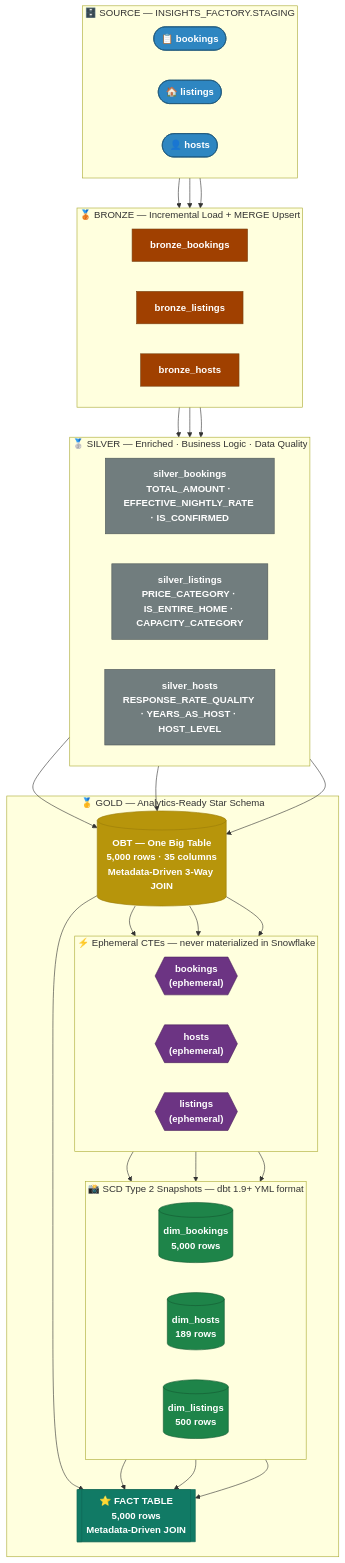
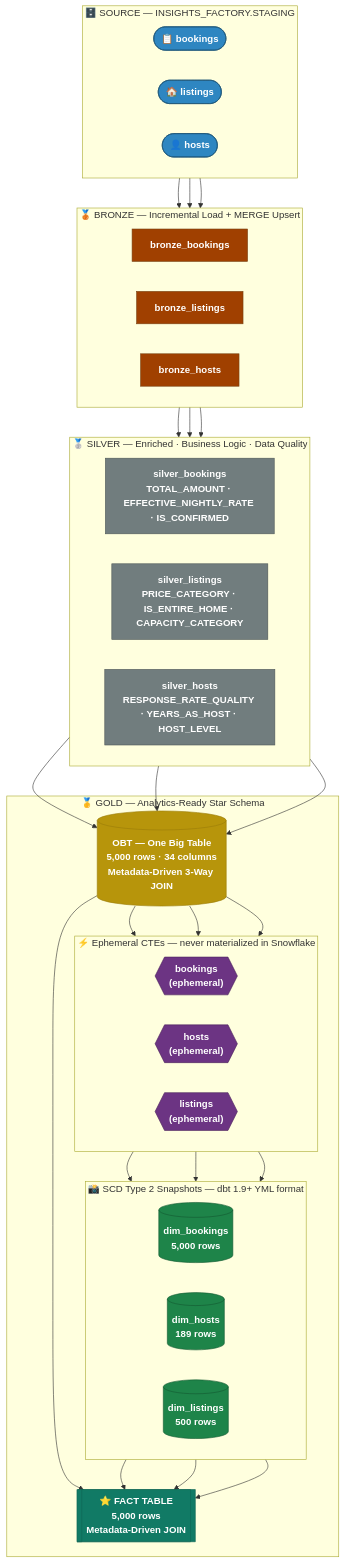
The first of 2 diagrams in README.md (NaveedBhat/Insights_Factory-Production-Analytics-Pipeline-End-to-End-ELT-with-dbt-Snowflake), drawn with Mermaid before and after one commit. The commit also changed other lines of this file, not shown here.

Commit message:
docs: fix README cross-check — OBT 34 cols (not 35), properties.yml covers 8 models

````diff
--- a/README.md
+++ b/README.md
@@ -67,71 +67,71 @@
 ```mermaid
 flowchart TD
     classDef staging  fill:#2E86C1,stroke:#1A5276,color:#fff,font-weight:bold
     classDef bronze   fill:#A04000,stroke:#784212,color:#fff,font-weight:bold
     classDef silver   fill:#717D7E,stroke:#4D5656,color:#fff,font-weight:bold
     classDef obt      fill:#B7950B,stroke:#9A7D0A,color:#fff,font-weight:bold
     classDef ephemeral fill:#6C3483,stroke:#4A235A,color:#fff,font-weight:bold
     classDef snapshot fill:#1E8449,stroke:#145A32,color:#fff,font-weight:bold
     classDef fact     fill:#117A65,stroke:#0E6655,color:#fff,font-weight:bold
 
     subgraph SRC["🗄️  SOURCE — INSIGHTS_FACTORY.STAGING"]
         direction LR
         s1([📋 bookings]):::staging
         s2([🏠 listings]):::staging
         s3([👤 hosts]):::staging
     end
 
     subgraph BRZ["🥉  BRONZE — Incremental Load + MERGE Upsert"]
         direction LR
         b1[bronze_bookings]:::bronze
         b2[bronze_listings]:::bronze
         b3[bronze_hosts]:::bronze
     end
 
     subgraph SLV["🥈  SILVER — Enriched · Business Logic · Data Quality"]
         direction LR
         sv1["silver_bookings\nTOTAL_AMOUNT · EFFECTIVE_NIGHTLY_RATE · IS_CONFIRMED"]:::silver
         sv2["silver_listings\nPRICE_CATEGORY · IS_ENTIRE_HOME · CAPACITY_CATEGORY"]:::silver
         sv3["silver_hosts\nRESPONSE_RATE_QUALITY · YEARS_AS_HOST · HOST_LEVEL"]:::silver
     end
 
     subgraph GLD["🥇  GOLD — Analytics-Ready Star Schema"]
-        OBT[("OBT — One Big Table\n5,000 rows · 35 columns\nMetadata-Driven 3-Way JOIN")]:::obt
+        OBT[("OBT — One Big Table\n5,000 rows · 34 columns\nMetadata-Driven 3-Way JOIN")]:::obt
 
         subgraph EPH["⚡ Ephemeral CTEs  —  never materialized in Snowflake"]
             direction LR
             e1{{"bookings\n(ephemeral)"}}:::ephemeral
             e2{{"hosts\n(ephemeral)"}}:::ephemeral
             e3{{"listings\n(ephemeral)"}}:::ephemeral
         end
 
         subgraph DIM["📸 SCD Type 2 Snapshots  —  dbt 1.9+ YML format"]
             direction LR
             d1[("dim_bookings\n5,000 rows")]:::snapshot
             d2[("dim_hosts\n189 rows")]:::snapshot
             d3[("dim_listings\n500 rows")]:::snapshot
         end
 
         FACT[["⭐ FACT TABLE\n5,000 rows\nMetadata-Driven JOIN"]]:::fact
     end
 
     s1 --> b1
     s2 --> b2
     s3 --> b3
     b1 --> sv1
     b2 --> sv2
     b3 --> sv3
     sv1 --> OBT
     sv2 --> OBT
     sv3 --> OBT
     OBT --> e1
     OBT --> e2
     OBT --> e3
     e1 --> d1
     e2 --> d2
     e3 --> d3
     OBT --> FACT
     d1 --> FACT
     d2 --> FACT
     d3 --> FACT
 ```
````
